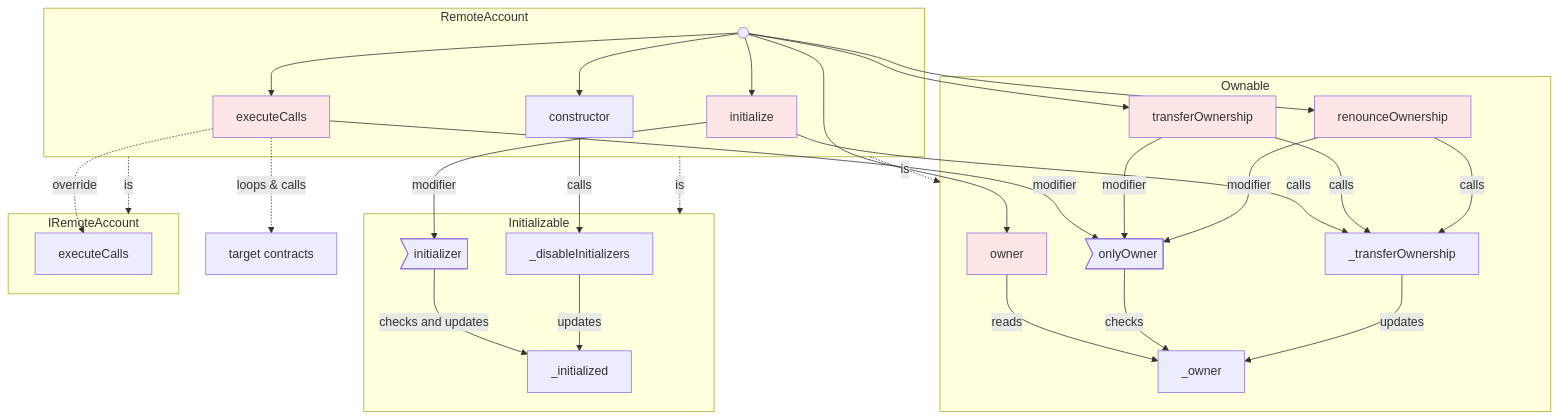
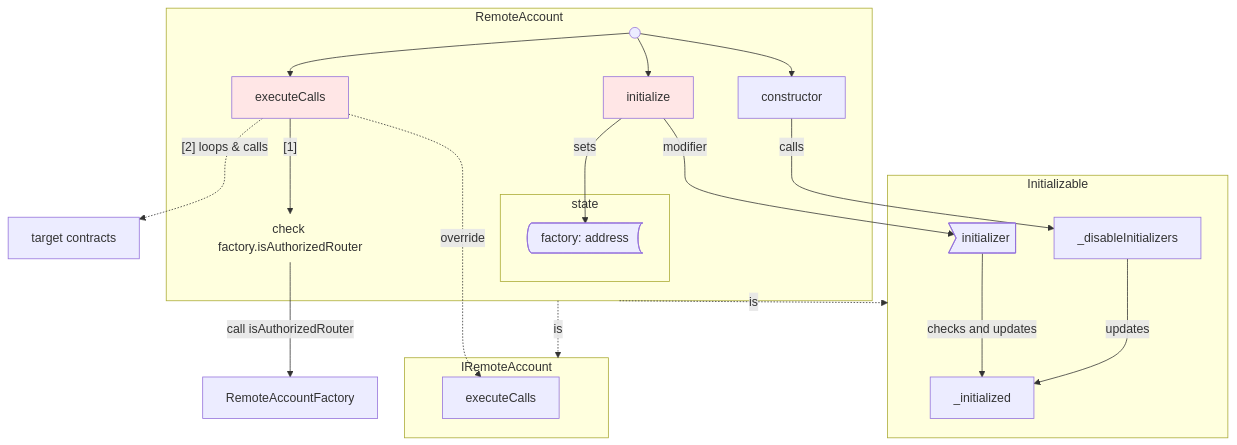
One commit to agoric-labs/agoric-to-axelar-local changed the fourth of 9 diagrams in packages/axelar-local-dev-cosmos/src/contracts/design.md. Above: the diagram before and after it, drawn with Mermaid. The commit also changed other lines of this file, not shown here.

````diff
--- a/packages/axelar-local-dev-cosmos/src/contracts/design.md
+++ b/packages/axelar-local-dev-cosmos/src/contracts/design.md
@@ -213,66 +200,49 @@
 ```mermaid
 graph TB
     subgraph Initializable
         _initialized
         _disableInitializers
         %% modifiers
         initializer@{shape: odd}
-    end
-    subgraph Ownable
-        _owner
-        owner
-        transferOwnership
-        renounceOwnership
-        _transferOwnership
-        %% modifiers
-        onlyOwner@{shape: odd}
     end
     subgraph IRemoteAccount
         IRemoteAccount_executeCalls[executeCalls]
     end
 
     subgraph RemoteAccount
         START@{shape: start}
         CTOR[constructor]
         initialize
         executeCalls
+        AUTH_CHECK@{shape: text, label: "check factory.isAuthorizedRouter"}
+        subgraph state
+            factory_ref@{shape: stored-data, label: "factory: address"}
+        end
     end
 
     EXTERNAL[target contracts]
+    FACTORY[RemoteAccountFactory]
 
     %% inheritance
-    RemoteAccount -.->|is| Ownable
     RemoteAccount -.->|is| Initializable
     RemoteAccount -.->|is| IRemoteAccount
     executeCalls -.->|override| IRemoteAccount_executeCalls
 
     %% operation
     START --> CTOR
     START --> initialize
     START --> executeCalls
-    START --> transferOwnership
-    START --> renounceOwnership
-    START --> owner
     CTOR -->|calls| _disableInitializers
     initialize -->|modifier| initializer
-    initialize -->|calls| _transferOwnership
-    executeCalls -->|modifier| onlyOwner
-    executeCalls -.->|loops & calls| EXTERNAL
-    transferOwnership -->|modifier| onlyOwner
-    transferOwnership -->|calls| _transferOwnership
-    renounceOwnership -->|modifier| onlyOwner
-    renounceOwnership -->|calls| _transferOwnership
-    owner -->|reads| _owner
+    initialize -->|sets| factory_ref
+    executeCalls -->|"[1]"| AUTH_CHECK
+    executeCalls -.->|"[2] loops & calls"| EXTERNAL
 
-    %% state access
-    onlyOwner -->|checks| _owner
-    _transferOwnership -->|updates| _owner
+    %% state/dependency access
+    AUTH_CHECK -->|call isAuthorizedRouter| FACTORY
     initializer -->|checks and updates| _initialized
     _disableInitializers -->|updates| _initialized
 
-    style owner fill:#ffe6e6
     style executeCalls fill:#ffe6e6
     style initialize fill:#ffe6e6
-    style transferOwnership fill:#ffe6e6
-    style renounceOwnership fill:#ffe6e6
 ```
````
